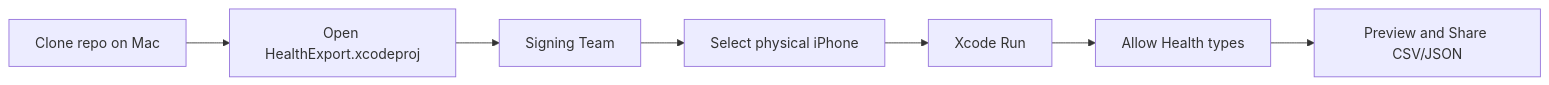
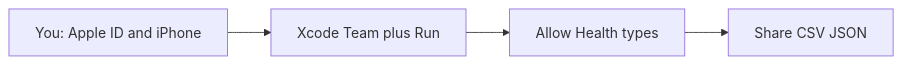
One commit to arlun2005/ios-health-export changed the diagram in README.md. Above: the diagram before and after it, drawn with Mermaid. The commit also changed other lines of this file and 2 other files, not shown here.

First line of the commit message:
Pre-wire automatic signing and list only Apple ID steps

````diff
--- a/README.md
+++ b/README.md
@@ -9,11 +28,8 @@
 ```mermaid
 flowchart LR
-  clone[Clone repo on Mac]
-  xcode[Open HealthExport.xcodeproj]
-  sign[Signing Team]
-  phone[Select physical iPhone]
-  run[Xcode Run]
+  you[You: Apple ID and iPhone]
+  xcode[Xcode Team plus Run]
   health[Allow Health types]
-  export[Preview and Share CSV/JSON]
-  clone --> xcode --> sign --> phone --> run --> health --> export
+  export[Share CSV JSON]
+  you --> xcode --> health --> export
 ```
````
